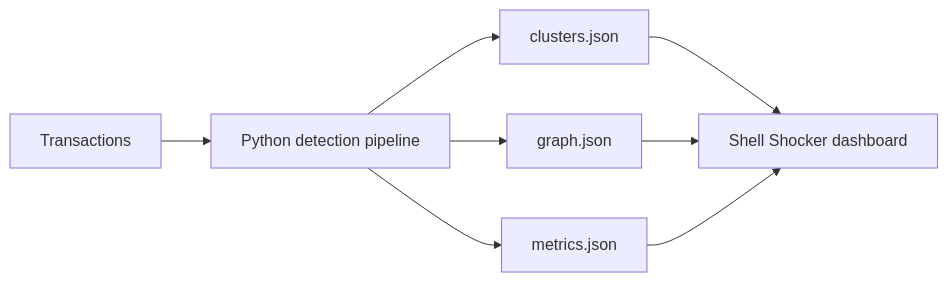
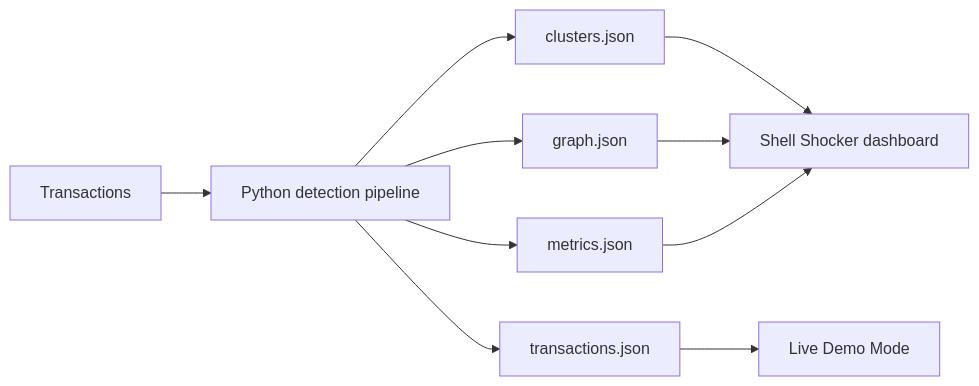
One commit to dakshagarwal008/Shell-shock changed the diagram in README.md. Above: the diagram before and after it, drawn with Mermaid. The commit also changed other lines of this file and 8 other files, not shown here.

Commit message:
Add historical transaction live demo mode

````diff
--- a/README.md
+++ b/README.md
@@ -44,10 +46,12 @@
 ```mermaid
 flowchart LR
   A[Transactions] --> B[Python detection pipeline]
   B --> C[clusters.json]
   B --> D[graph.json]
   B --> E[metrics.json]
+  B --> G[transactions.json]
   C --> F[Shell Shocker dashboard]
   D --> F
   E --> F
+  G --> H[Live Demo Mode]
 ```
````
